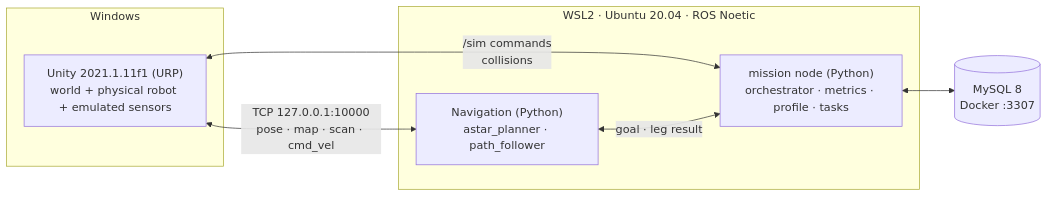
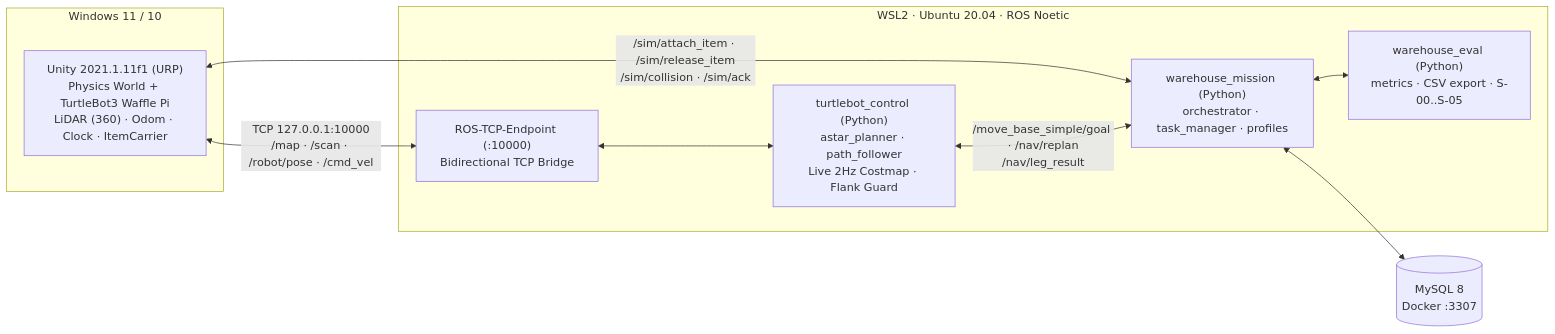
One commit to HoNguyen17/Mobile_Robo_SuppliesChain changed the diagram in README.md. Above: the diagram before and after it, drawn with Mermaid. The commit also changed other lines of this file and 53 other files, not shown here.

Commit message:
feat: complete warehouse autonomous robot system with dynamic obstacle avoidance, 1-click launch, and updated README

````diff
--- a/README.md
+++ b/README.md
@@ -10,16 +9,20 @@
 ```mermaid
 flowchart LR
-    subgraph WIN["Windows"]
-        UNITY["Unity 2021.1.11f1 (URP)<br/>world + physical robot + emulated sensors"]
+    subgraph WIN["Windows 11 / 10"]
+        UNITY["Unity 2021.1.11f1 (URP)<br/>Physics World + TurtleBot3 Waffle Pi<br/>LiDAR (360) · Odom · Clock · ItemCarrier"]
     end
     subgraph WSL["WSL2 · Ubuntu 20.04 · ROS Noetic"]
-        NAV["Navigation (Python)<br/>astar_planner · path_follower"]
-        APP["mission node (Python)<br/>orchestrator · metrics · profile · tasks"]
+        ENDPOINT["ROS-TCP-Endpoint (:10000)<br/>Bidirectional TCP Bridge"]
+        NAV["turtlebot_control (Python)<br/>astar_planner · path_follower<br/>Live 2Hz Costmap · Flank Guard"]
+        APP["warehouse_mission (Python)<br/>orchestrator · task_manager · profiles"]
+        EVAL["warehouse_eval (Python)<br/>metrics · CSV export · S-00..S-05"]
     end
     DB[("MySQL 8<br/>Docker :3307")]
 
-    UNITY <-->|"TCP 127.0.0.1:10000<br/>pose · map · scan · cmd_vel"| NAV
-    UNITY <-->|"/sim commands<br/>collisions"| APP
-    NAV <-->|"goal · leg result"| APP
+    UNITY <-->|"TCP 127.0.0.1:10000<br/>/map · /scan · /robot/pose · /cmd_vel"| ENDPOINT
+    ENDPOINT <--> NAV
+    UNITY <-->|"/sim/attach_item · /sim/release_item<br/>/sim/collision · /sim/ack"| APP
+    NAV <-->|"/move_base_simple/goal · /nav/replan<br/>/nav/leg_result"| APP
     APP <--> DB
+    APP <--> EVAL
 ```
````
